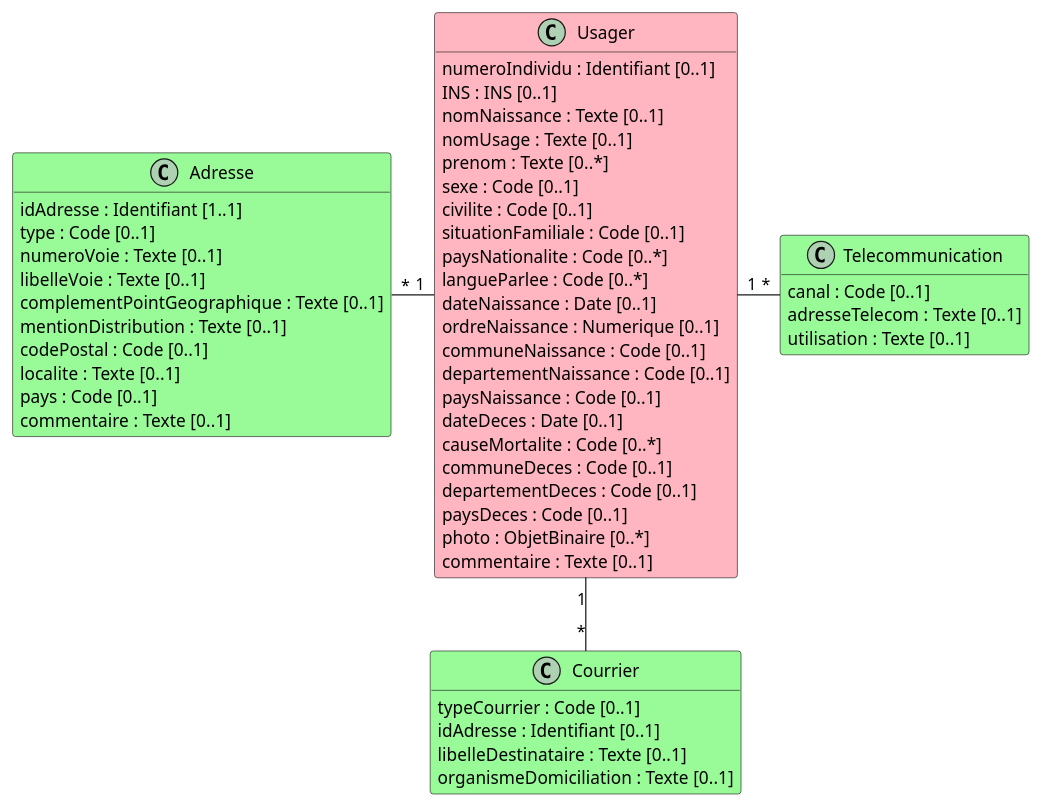
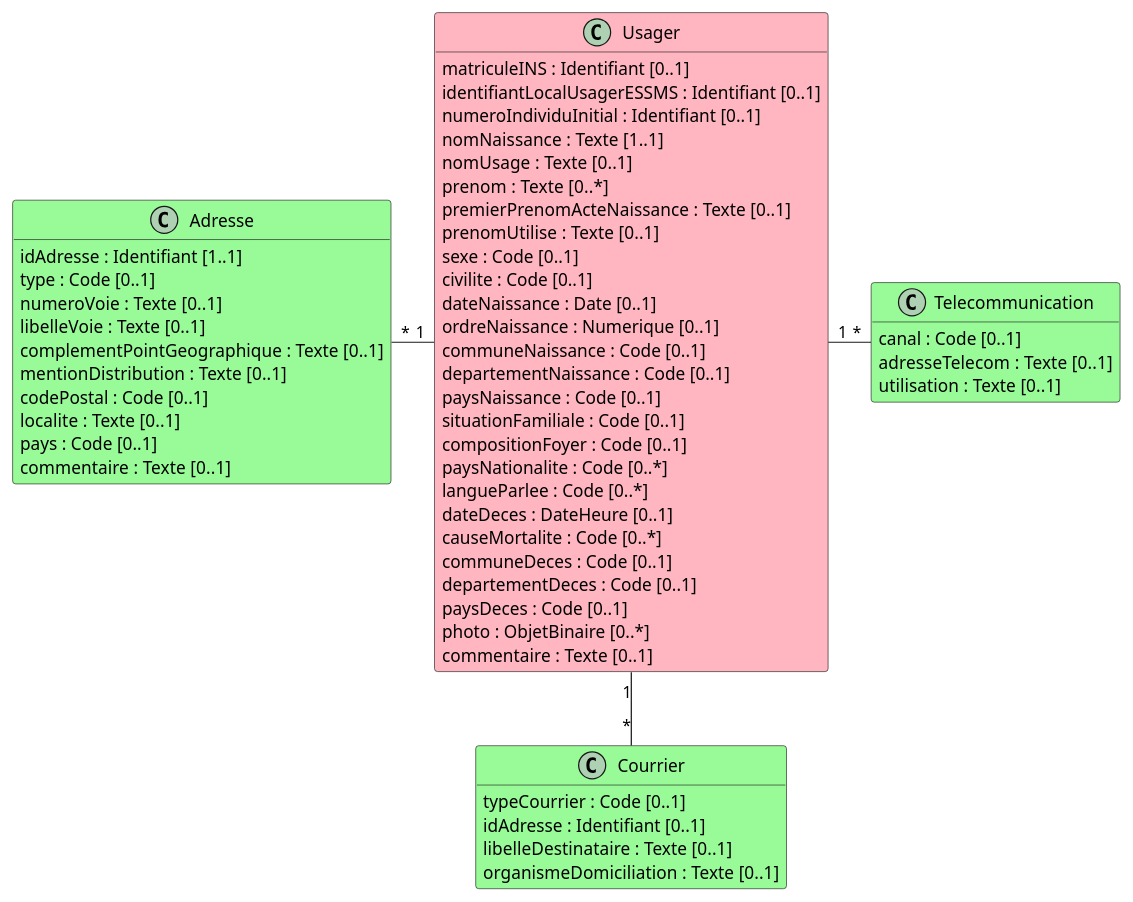
Before and after one commit to ansforge/IG-fhir-transfert-donnees-dui-esms: the diagram in input/images-source/bloc_identification_coordonnees.plantuml, drawn with PlantUML. The commit also changed 6 other files, not shown here.

```diff
--- a/input/images-source/bloc_identification_coordonnees.plantuml
+++ b/input/images-source/bloc_identification_coordonnees.plantuml
@@ -1,60 +1,64 @@
 @startuml
 
 hide empty methods
 
 class Usager #LightPink {
-    numeroIndividu : Identifiant [0..1]
-    INS : INS [0..1]
-    nomNaissance : Texte [0..1]
+    matriculeINS : Identifiant [0..1]
+    identifiantLocalUsagerESSMS : Identifiant [0..1]
+    numeroIndividuInitial : Identifiant [0..1]
+    nomNaissance : Texte [1..1]
     nomUsage : Texte [0..1]
     prenom : Texte [0..*]
+    premierPrenomActeNaissance : Texte [0..1]
+    prenomUtilise : Texte [0..1]
     sexe : Code [0..1]
     civilite : Code [0..1]
-    situationFamiliale : Code [0..1]
-    paysNationalite : Code [0..*]
-    langueParlee : Code [0..*]
     dateNaissance : Date [0..1]
     ordreNaissance : Numerique [0..1]
     communeNaissance : Code [0..1]
     departementNaissance : Code [0..1]
     paysNaissance : Code [0..1]
-    dateDeces : Date [0..1]
+    situationFamiliale : Code [0..1]
+    compositionFoyer : Code [0..1]
+    paysNationalite : Code [0..*]
+    langueParlee : Code [0..*]
+    dateDeces : DateHeure [0..1]
     causeMortalite : Code [0..*]
     communeDeces : Code [0..1]
     departementDeces : Code [0..1]
     paysDeces : Code [0..1]
     photo : ObjetBinaire [0..*]
     commentaire : Texte [0..1]
 }
 
 class Adresse #PaleGreen {
     idAdresse : Identifiant [1..1]
     type : Code [0..1]
     numeroVoie : Texte [0..1]
     libelleVoie : Texte [0..1]
     complementPointGeographique : Texte [0..1]
     mentionDistribution : Texte [0..1]
     codePostal : Code [0..1]
     localite : Texte [0..1]
     pays : Code [0..1]
     commentaire : Texte [0..1]
 }
 
 class Telecommunication #PaleGreen {
     canal : Code [0..1]
     adresseTelecom : Texte [0..1]
     utilisation : Texte [0..1]
 }
 
 class Courrier #PaleGreen {
     typeCourrier : Code [0..1]
     idAdresse : Identifiant [0..1]
     libelleDestinataire : Texte [0..1]
     organismeDomiciliation : Texte [0..1]
 }
 
 Adresse "*" - "1" Usager
 Usager "1" - "*" Telecommunication
 Usager "1" -- "*" Courrier
 
 @enduml
```
